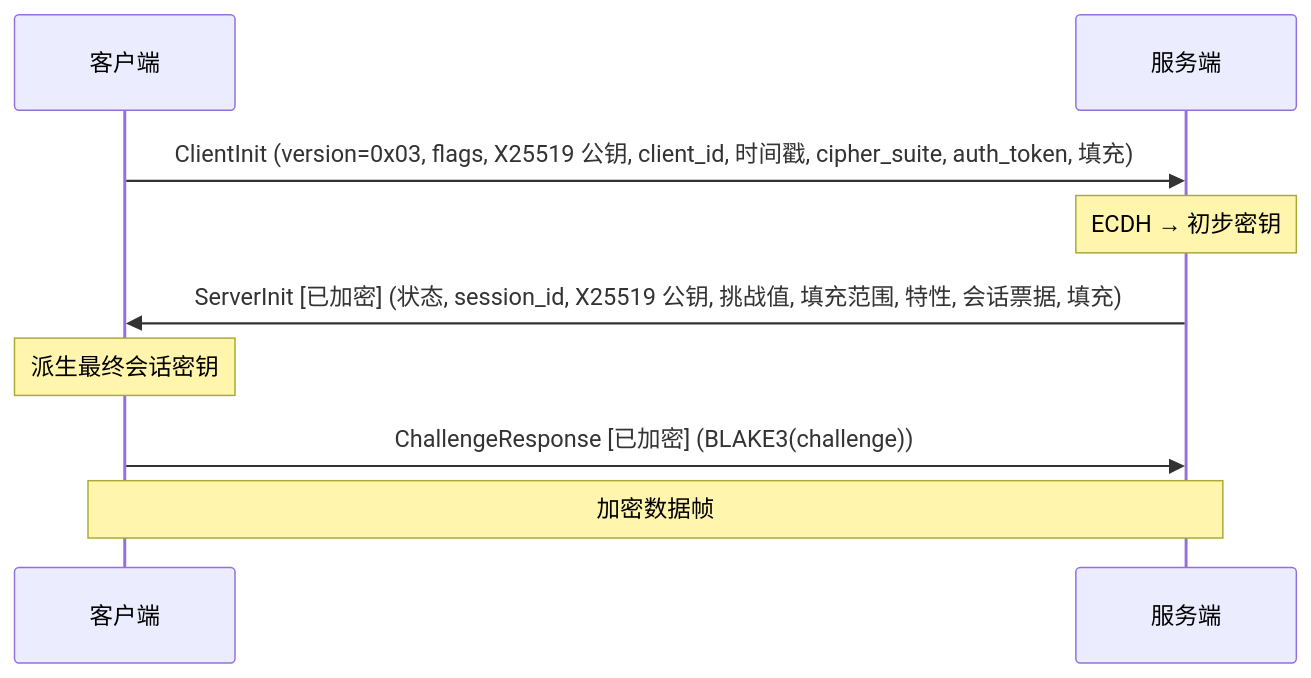
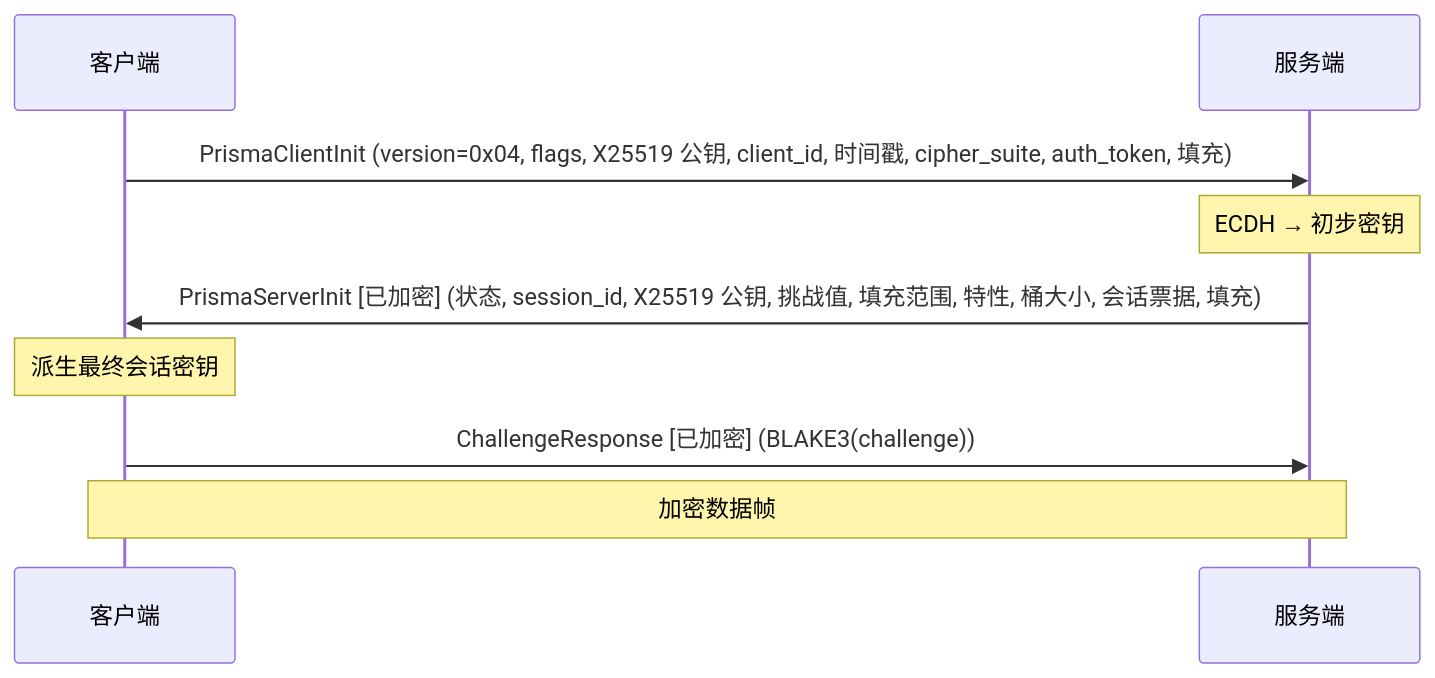
The first of 2 diagrams in prisma-docs/i18n/zh-Hans/docusaurus-plugin-content-docs/current/security/prismaveil-protocol.md (prisma-proxy/prisma), drawn with Mermaid before and after one commit. The commit also changed other lines of this file and 99 other files, not shown here.

````diff
--- a/prisma-docs/i18n/zh-Hans/docusaurus-plugin-content-docs/current/security/prismaveil-protocol.md
+++ b/prisma-docs/i18n/zh-Hans/docusaurus-plugin-content-docs/current/security/prismaveil-protocol.md
@@ -21,12 +19,12 @@
 ```mermaid
 sequenceDiagram
     participant C as 客户端
     participant S as 服务端
 
-    C->>S: ClientInit (version=0x03, flags, X25519 公钥, client_id, 时间戳, cipher_suite, auth_token, 填充)
+    C->>S: PrismaClientInit (version=0x04, flags, X25519 公钥, client_id, 时间戳, cipher_suite, auth_token, 填充)
     Note over S: ECDH → 初步密钥
-    S->>C: ServerInit [已加密] (状态, session_id, X25519 公钥, 挑战值, 填充范围, 特性, 会话票据, 填充)
+    S->>C: PrismaServerInit [已加密] (状态, session_id, X25519 公钥, 挑战值, 填充范围, 特性, 桶大小, 会话票据, 填充)
     Note over C: 派生最终会话密钥
     C->>S: ChallengeResponse [已加密] (BLAKE3(challenge))
     Note over C,S: 加密数据帧
 ```
````
